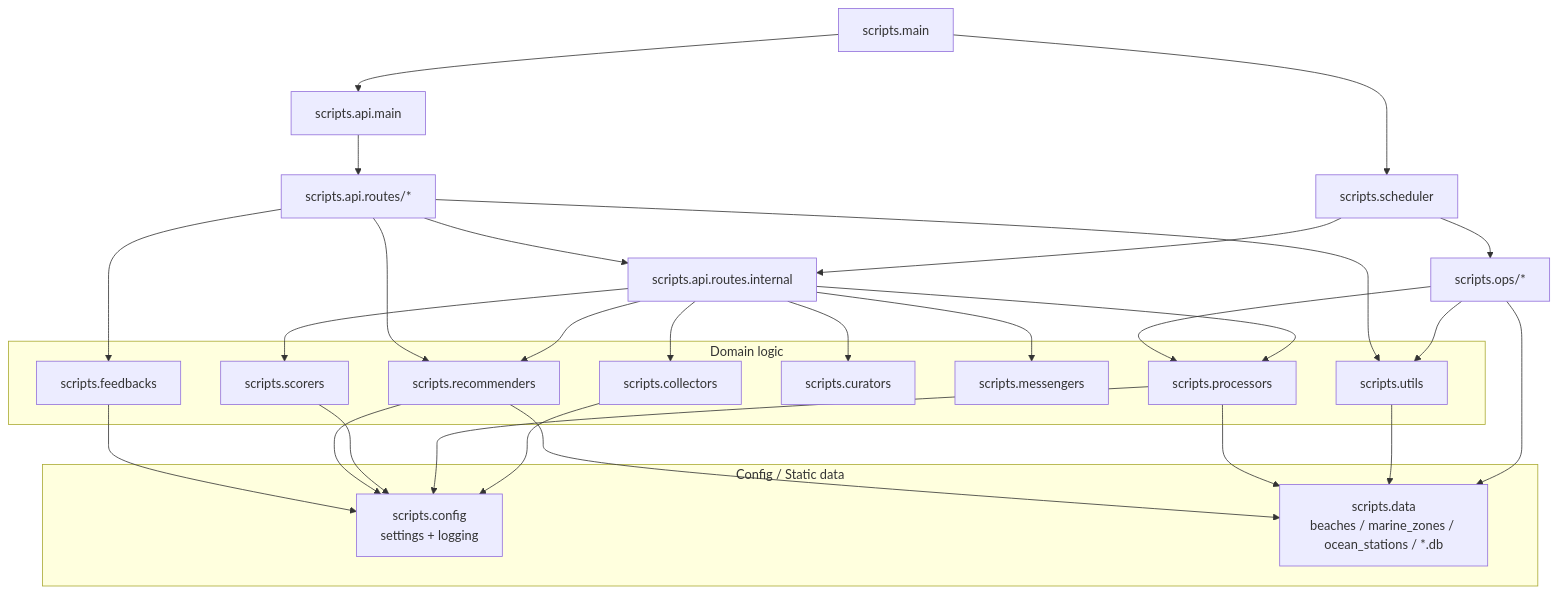
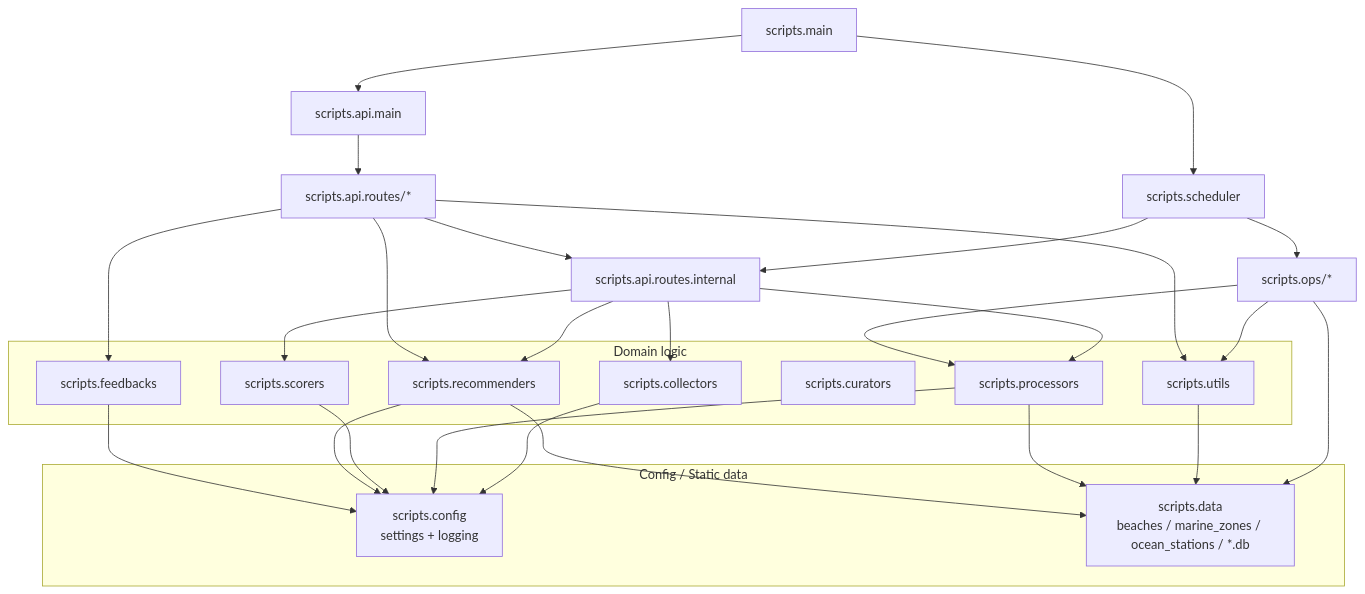
One commit to Donghun1q2w/weather_lens changed the seventh of 8 diagrams in CLAUDE.md. Above: the diagram before and after it, drawn with Mermaid. The commit also changed other lines of this file and 13 other files, not shown here.

````diff
--- a/CLAUDE.md
+++ b/CLAUDE.md
@@ -261,56 +246,52 @@
 ```mermaid
 flowchart TB
     main[scripts.main]
     sch[scripts.scheduler]
     apim[scripts.api.main]
     routes[scripts.api.routes/*]
     intnl[scripts.api.routes.internal]
     ops[scripts.ops/*]
 
     main --> apim --> routes
     main --> sch
     sch --> intnl
     sch --> ops
     routes --> intnl
 
     subgraph Domain["Domain logic"]
         col[scripts.collectors]
         proc[scripts.processors]
         sco[scripts.scorers]
         rec[scripts.recommenders]
         cur[scripts.curators]
-        msg[scripts.messengers]
         fb[scripts.feedbacks]
         utl[scripts.utils]
     end
 
     subgraph Static["Config / Static data"]
         cfg[scripts.config<br/>settings + logging]
         dat[scripts.data<br/>beaches / marine_zones / ocean_stations / *.db]
     end
 
     intnl --> col
     intnl --> proc
     intnl --> sco
     intnl --> rec
-    intnl --> cur
-    intnl --> msg
 
     ops --> proc
     ops --> utl
     ops --> dat
 
     routes --> fb
     routes --> utl
     routes --> rec
 
     col --> cfg
     proc --> cfg
     sco --> cfg
     rec --> cfg
     fb --> cfg
     utl --> dat
     proc --> dat
     rec --> dat
-
 ```
````
